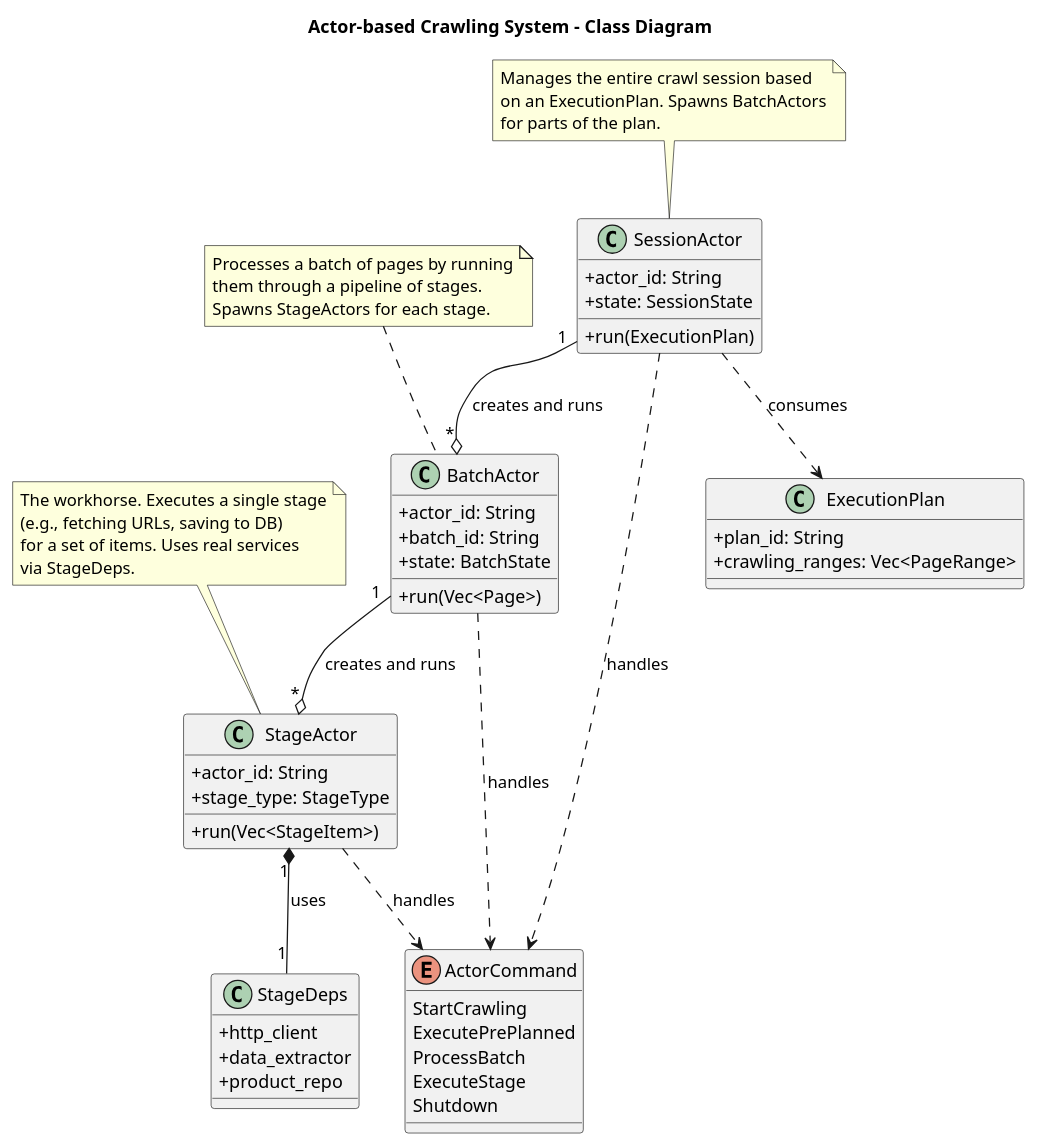
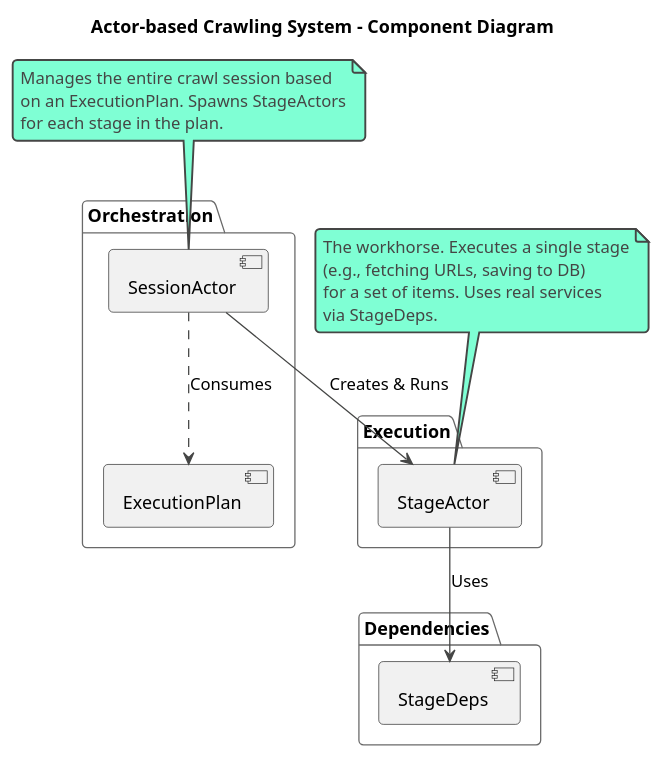
Before and after one commit to Chanseok/rMatterCertis: the third of 13 diagrams in docs/architecture.md, drawn with PlantUML. The commit also changed other lines of this file and 23 other files, not shown here.

First line of the commit message:
Retire legacy BatchActor path; unify crawling execution under StageActor

````diff
--- a/docs/architecture.md
+++ b/docs/architecture.md
@@ -79,73 +108,38 @@
 ```plantuml
-@startuml ActorSystemClassDiagram
+@startuml ActorSystemComponent
+title Actor-based Crawling System - Component Diagram
 
-title Actor-based Crawling System - Class Diagram
+!theme vibrant
 
-skinparam classAttributeIconSize 0
-
-enum ActorCommand {
-    StartCrawling
-    ExecutePrePlanned
-    ProcessBatch
-    ExecuteStage
-    Shutdown
+package "Orchestration" {
+  [SessionActor]
+  [ExecutionPlan]
 }
 
-class ExecutionPlan {
-    + plan_id: String
-    + crawling_ranges: Vec<PageRange>
+package "Execution" {
+  [StageActor]
 }
 
-class SessionActor {
-    + actor_id: String
-    + state: SessionState
-    + run(ExecutionPlan)
+package "Dependencies" {
+  [StageDeps]
 }
+
 note top of SessionActor
-Manages the entire crawl session based
-on an ExecutionPlan. Spawns BatchActors
-for parts of the plan.
+  Manages the entire crawl session based
+  on an ExecutionPlan. Spawns StageActors
+  for each stage in the plan.
 end note
 
-class BatchActor {
-    + actor_id: String
-    + batch_id: String
-    + state: BatchState
-    + run(Vec<Page>)
-}
-note top of BatchActor
-Processes a batch of pages by running
-them through a pipeline of stages.
-Spawns StageActors for each stage.
+note top of StageActor
+  The workhorse. Executes a single stage
+  (e.g., fetching URLs, saving to DB)
+  for a set of items. Uses real services
+  via StageDeps.
 end note
 
-class StageActor {
-    + actor_id: String
-    + stage_type: StageType
-    + run(Vec<StageItem>)
-}
-note top of StageActor
-The workhorse. Executes a single stage
-(e.g., fetching URLs, saving to DB)
-for a set of items. Uses real services
-via StageDeps.
-end note
-
-class StageDeps {
-    + http_client
-    + data_extractor
-    + product_repo
-}
-
-SessionActor "1" --o "*" BatchActor : creates and runs
-BatchActor "1" --o "*" StageActor : creates and runs
-StageActor "1" *-- "1" StageDeps : uses
-
-SessionActor ..> ActorCommand : handles
-BatchActor ..> ActorCommand : handles
-StageActor ..> ActorCommand : handles
-
-SessionActor ..> ExecutionPlan : consumes
+[SessionActor] ..> [ExecutionPlan] : Consumes
+[SessionActor] --> [StageActor] : Creates & Runs
+[StageActor] --> [StageDeps] : Uses
 
 @enduml
 ```
````
